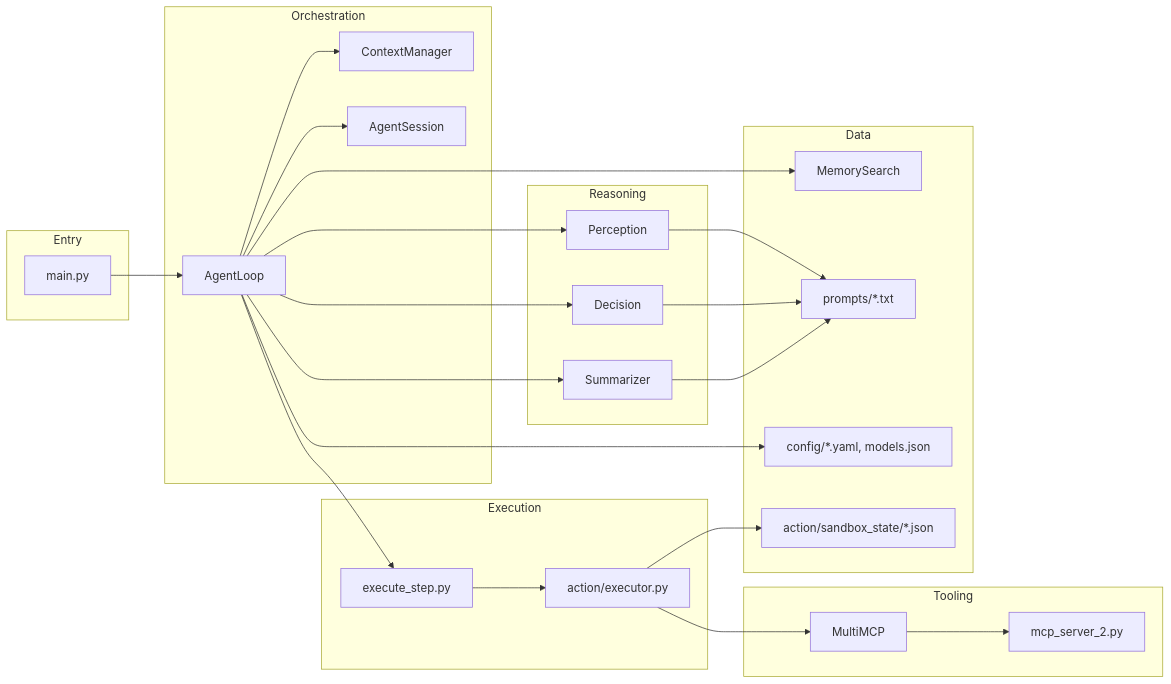
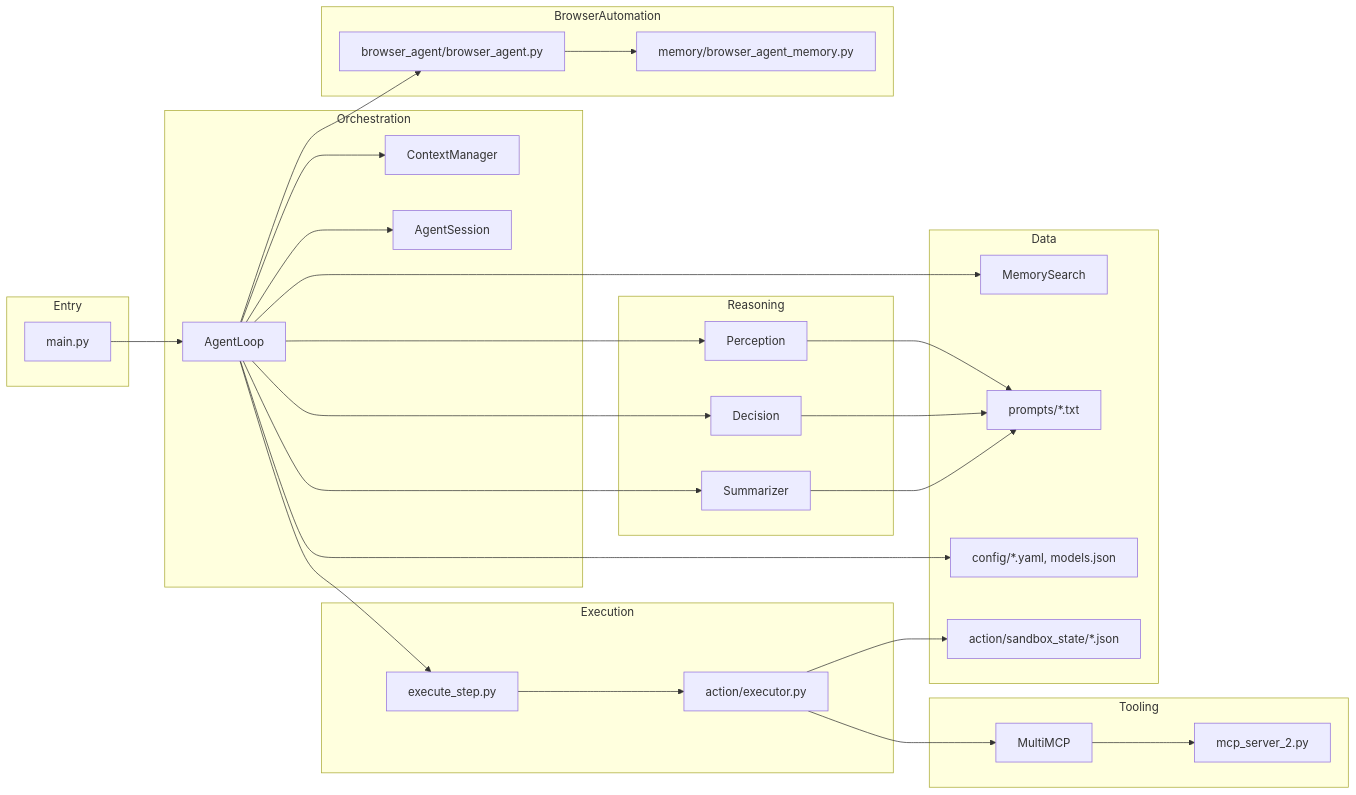
The second of 13 diagrams in Downloads/S12/S12/ARCHITECTURE.md (riteshverma/s12), drawn with Mermaid before and after one commit. The commit also changed other lines of this file and 6 other files, not shown here.

````diff
--- a/Downloads/S12/S12/ARCHITECTURE.md
+++ b/Downloads/S12/S12/ARCHITECTURE.md
@@ -26,53 +26,61 @@
 ```mermaid
 graph LR
   subgraph Entry
     Main[main.py]
   end
 
   subgraph Orchestration
     Loop[AgentLoop]
     Ctx[ContextManager]
     Sess[AgentSession]
   end
 
   subgraph Reasoning
     Perception[Perception]
     Decision[Decision]
     Summarizer[Summarizer]
   end
 
   subgraph Execution
     Exec[execute_step.py]
     Sandbox[action/executor.py]
+  end
+
+  subgraph BrowserAutomation
+    BrowserAgent[browser_agent/browser_agent.py]
+    BrowserMemory[memory/browser_agent_memory.py]
   end
 
   subgraph Tooling
     Multi[MultiMCP]
     MCPServer[mcp_server_2.py]
   end
 
   subgraph Data
     MemorySearch[MemorySearch]
     Prompts[prompts/*.txt]
     Config[config/*.yaml, models.json]
     SandboxState[action/sandbox_state/*.json]
   end
 
   Main --> Loop
   Loop --> Ctx
   Loop --> Sess
   Loop --> Perception
   Loop --> Decision
   Loop --> Summarizer
   Loop --> Exec
   Exec --> Sandbox
   Sandbox --> Multi
   Multi --> MCPServer
 
+  Loop --> BrowserAgent
+  BrowserAgent --> BrowserMemory
+
   Loop --> MemorySearch
   Perception --> Prompts
   Decision --> Prompts
   Summarizer --> Prompts
   Loop --> Config
   Sandbox --> SandboxState
 ```
````
